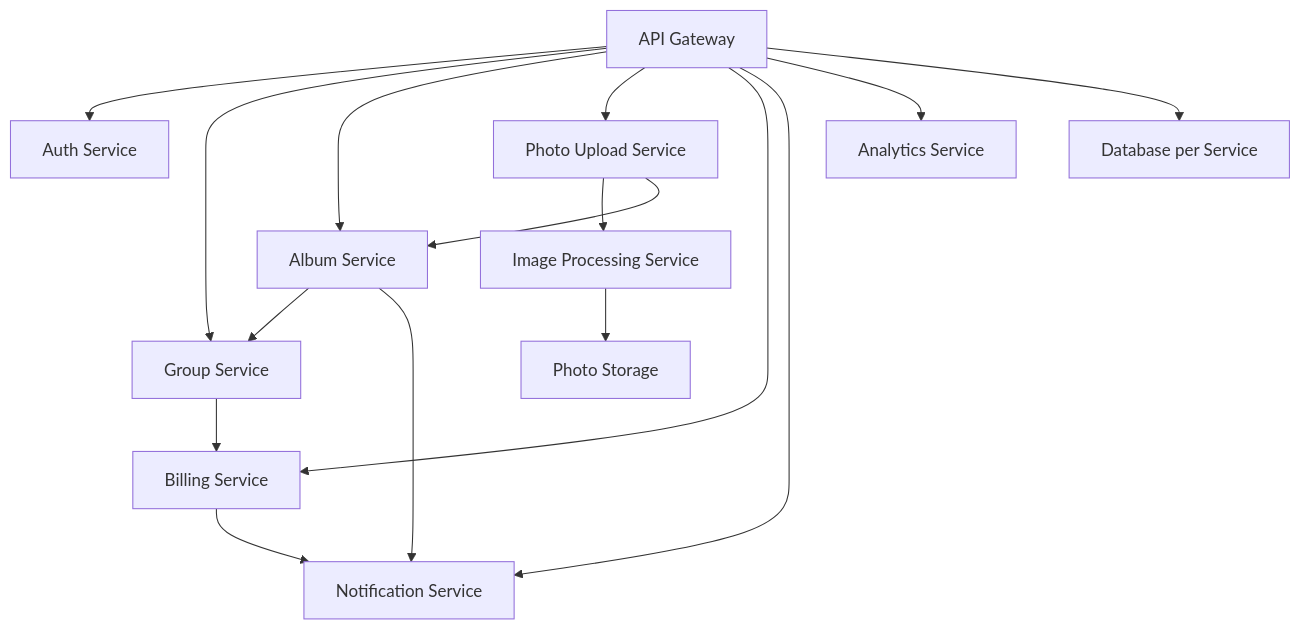
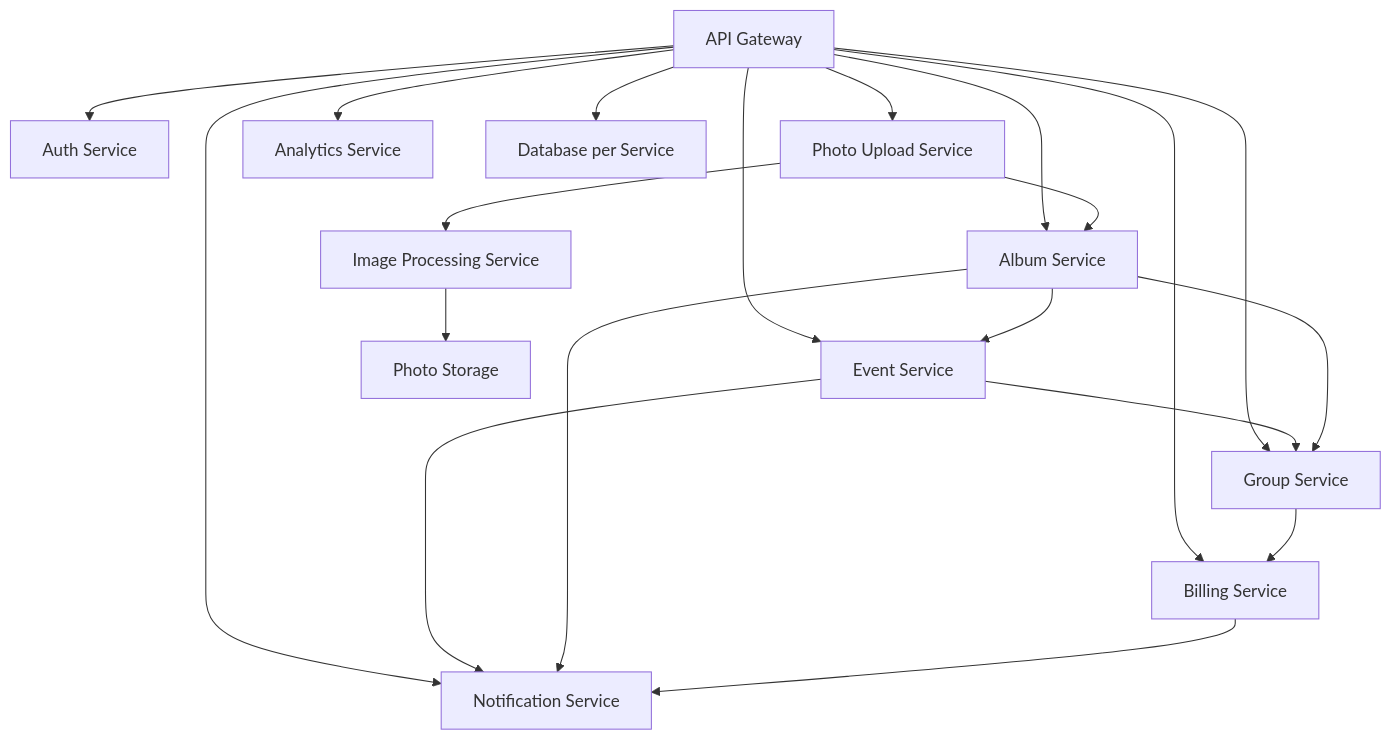
Before and after one commit to Aldore-88/holbertonschool-ai4devs: the diagram in architecture_blueprint_assistant/microservices_architecture.mmd, drawn with Mermaid. The commit also changed 7 other files, not shown here.

```diff
--- a/architecture_blueprint_assistant/microservices_architecture.mmd
+++ b/architecture_blueprint_assistant/microservices_architecture.mmd
@@ -1,16 +1,20 @@
 graph TD
   A[API Gateway] --> B[Auth Service]
   A --> C[Group Service]
   A --> D[Album Service]
   A --> E[Photo Upload Service]
   A --> F[Billing Service]
   A --> G[Notification Service]
   A --> H[Analytics Service]
+  A --> L[Event Service]
   E --> I[Image Processing Service]
   E --> D
+  D --> L
+  L --> C
+  L --> G
   D --> C
   C --> F
   D --> G
   F --> G
   I --> J[Photo Storage]
   A --> K[Database per Service]
```
